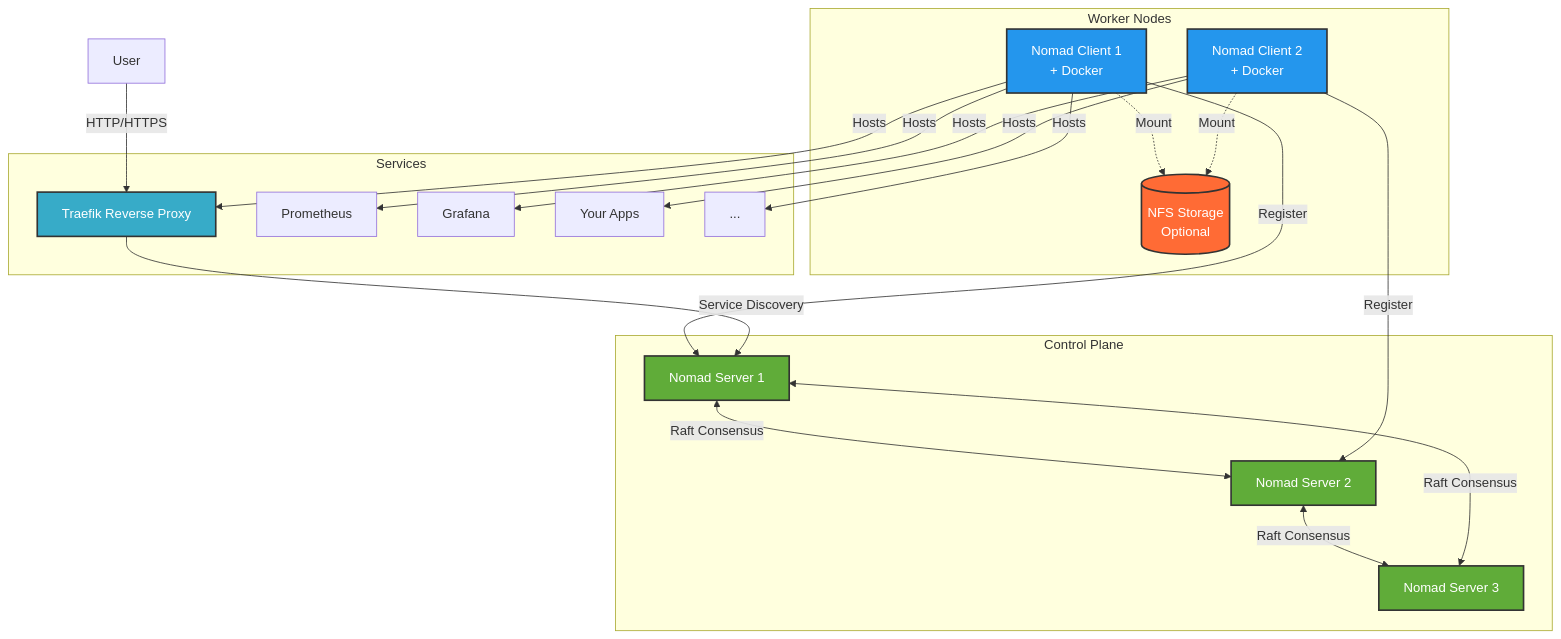
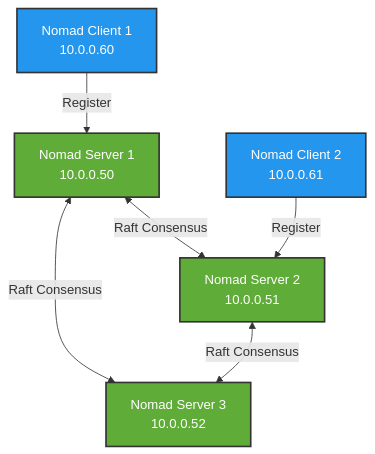
One commit to jharter1/hashi_homelab changed the first of 3 diagrams in README.md. Above: the diagram before and after it, drawn with Mermaid. The commit also changed other lines of this file and 34 other files, not shown here.

First line of the commit message:
feat: Add Ansible playbooks for updating Nomad client and server configurations

````diff
--- a/README.md
+++ b/README.md
@@ -39,49 +41,21 @@
 ```mermaid
 graph TD
-    User[User] -->|HTTP/HTTPS| Traefik[Traefik Reverse Proxy]
+    Server1[Nomad Server 1<br/>10.0.0.50]
+    Server2[Nomad Server 2<br/>10.0.0.51]
+    Server3[Nomad Server 3<br/>10.0.0.52]
+    Client1[Nomad Client 1<br/>10.0.0.60]
+    Client2[Nomad Client 2<br/>10.0.0.61]
     
-    subgraph "Control Plane"
-        Server1[Nomad Server 1]
-        Server2[Nomad Server 2]
-        Server3[Nomad Server 3]
-        Server1 <-->|Raft Consensus| Server2
-        Server2 <-->|Raft Consensus| Server3
-        Server3 <-->|Raft Consensus| Server1
-    end
-    
-    subgraph "Worker Nodes"
-        Client1[Nomad Client 1<br/>+ Docker]
-        Client2[Nomad Client 2<br/>+ Docker]
-        Storage[(NFS Storage<br/>Optional)]
-    end
-    
-    subgraph "Services"
-        Traefik
-        Prometheus[Prometheus]
-        Grafana[Grafana]
-        App1[Your Apps]
-        App2[...]
-    end
-    
-    Client1 -->|Hosts| Traefik
-    Client1 -->|Hosts| Prometheus
-    Client2 -->|Hosts| Grafana
-    Client2 -->|Hosts| App1
-    Client1 -->|Hosts| App2
+    Server1 <-->|Raft Consensus| Server2
+    Server2 <-->|Raft Consensus| Server3
+    Server3 <-->|Raft Consensus| Server1
     
     Client1 -->|Register| Server1
     Client2 -->|Register| Server2
     
-    Traefik -->|Service Discovery| Server1
-    Client1 -.->|Mount| Storage
-    Client2 -.->|Mount| Storage
-
-    %% Styling
     style Server1 fill:#60ac39,stroke:#333,stroke-width:2px,color:white
     style Server2 fill:#60ac39,stroke:#333,stroke-width:2px,color:white
     style Server3 fill:#60ac39,stroke:#333,stroke-width:2px,color:white
     style Client1 fill:#2496ed,stroke:#333,stroke-width:2px,color:white
     style Client2 fill:#2496ed,stroke:#333,stroke-width:2px,color:white
-    style Traefik fill:#37abc8,stroke:#333,stroke-width:2px,color:white
-    style Storage fill:#ff6b35,stroke:#333,stroke-width:2px,color:white
 ```
````
